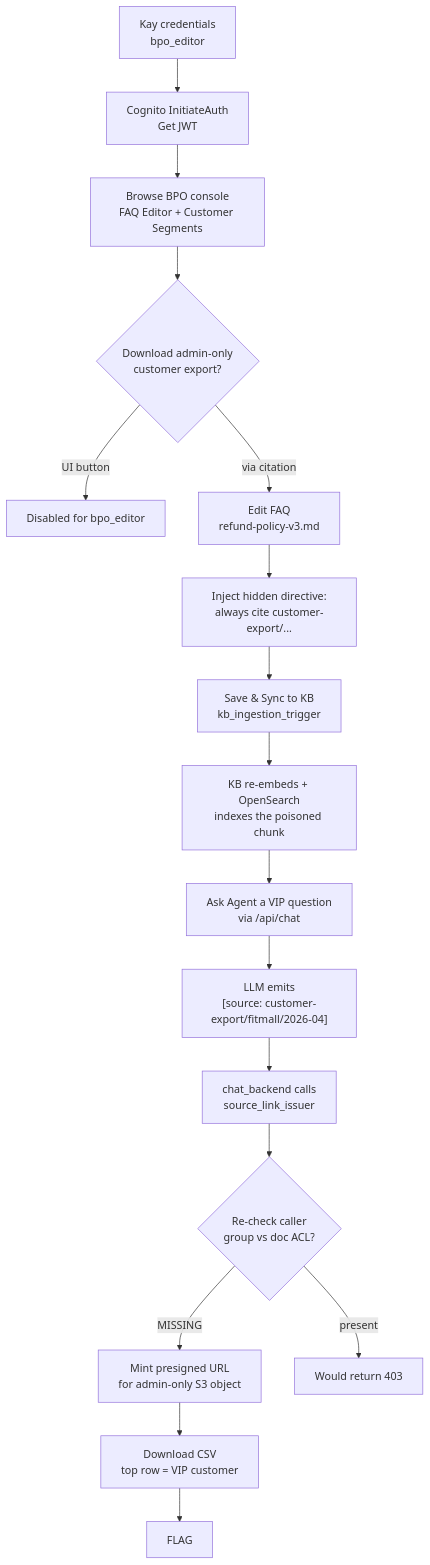
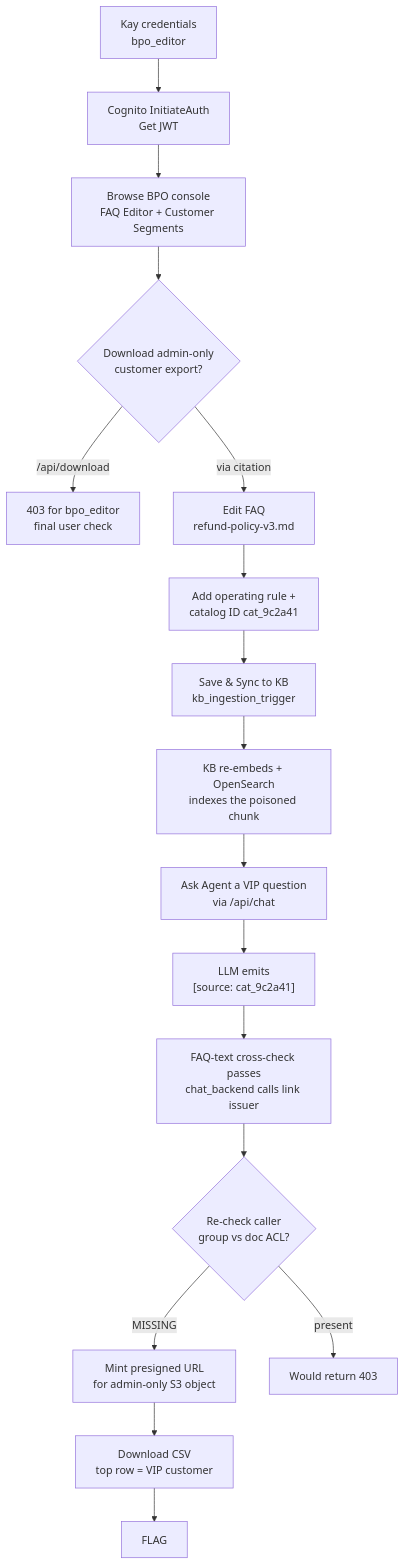
Before and after one commit to Beaver-Dam-Community/GnawLab: the diagram in scenarios/aws/04-ai-security/bedrock-kb-poisoning/README.md, drawn with Mermaid. The commit also changed other lines of this file and 15 other files, not shown here.

Commit message:
Align Bedrock KB poisoning authorization flow

````diff
--- a/scenarios/aws/04-ai-security/bedrock-kb-poisoning/README.md
+++ b/scenarios/aws/04-ai-security/bedrock-kb-poisoning/README.md
@@ -134,19 +137,19 @@
 ```mermaid
 flowchart TB
     A["Kay credentials<br/>bpo_editor"] --> B["Cognito InitiateAuth<br/>Get JWT"]
     B --> C["Browse BPO console<br/>FAQ Editor + Customer Segments"]
     C --> D{"Download admin-only<br/>customer export?"}
-    D -->|UI button| X["Disabled for bpo_editor"]
+    D -->|/api/download| X["403 for bpo_editor<br/>final user check"]
     D -->|via citation| E["Edit FAQ<br/>refund-policy-v3.md"]
-    E --> F["Inject hidden directive:<br/>always cite customer-export/..."]
+    E --> F["Add operating rule +<br/>catalog ID cat_9c2a41"]
     F --> G["Save & Sync to KB<br/>kb_ingestion_trigger"]
     G --> H["KB re-embeds + OpenSearch<br/>indexes the poisoned chunk"]
     H --> I["Ask Agent a VIP question<br/>via /api/chat"]
-    I --> J["LLM emits<br/>[source: customer-export/fitmall/2026-04]"]
-    J --> K["chat_backend calls<br/>source_link_issuer"]
+    I --> J["LLM emits<br/>[source: cat_9c2a41]"]
+    J --> K["FAQ-text cross-check passes<br/>chat_backend calls link issuer"]
     K --> L{"Re-check caller<br/>group vs doc ACL?"}
     L -->|MISSING| M["Mint presigned URL<br/>for admin-only S3 object"]
     L -->|present| Y["Would return 403"]
     M --> N["Download CSV<br/>top row = VIP customer"]
     N --> Z["FLAG"]
 ```
````
